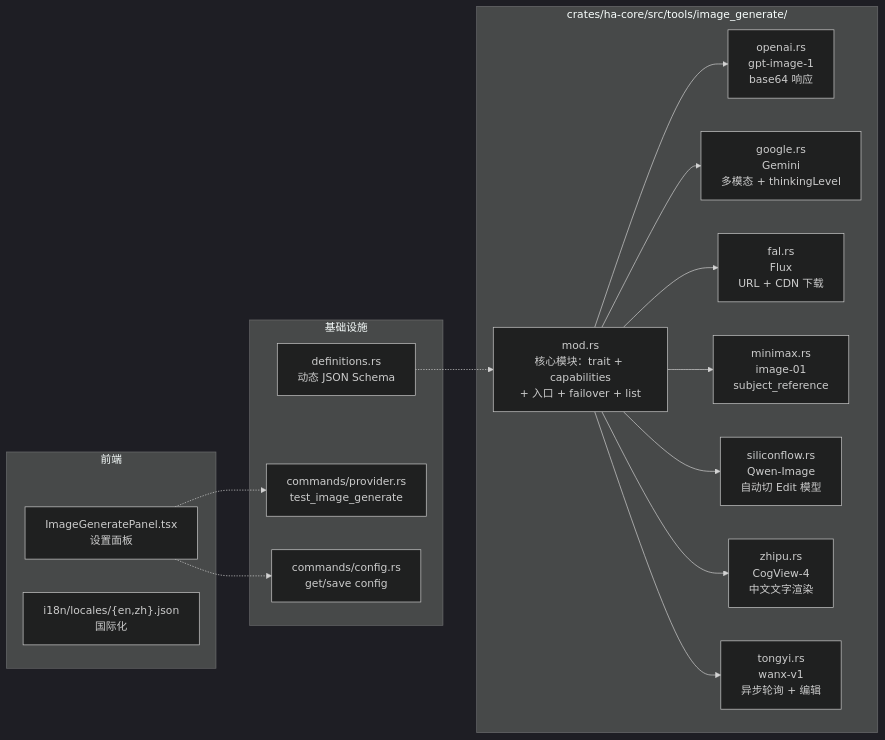
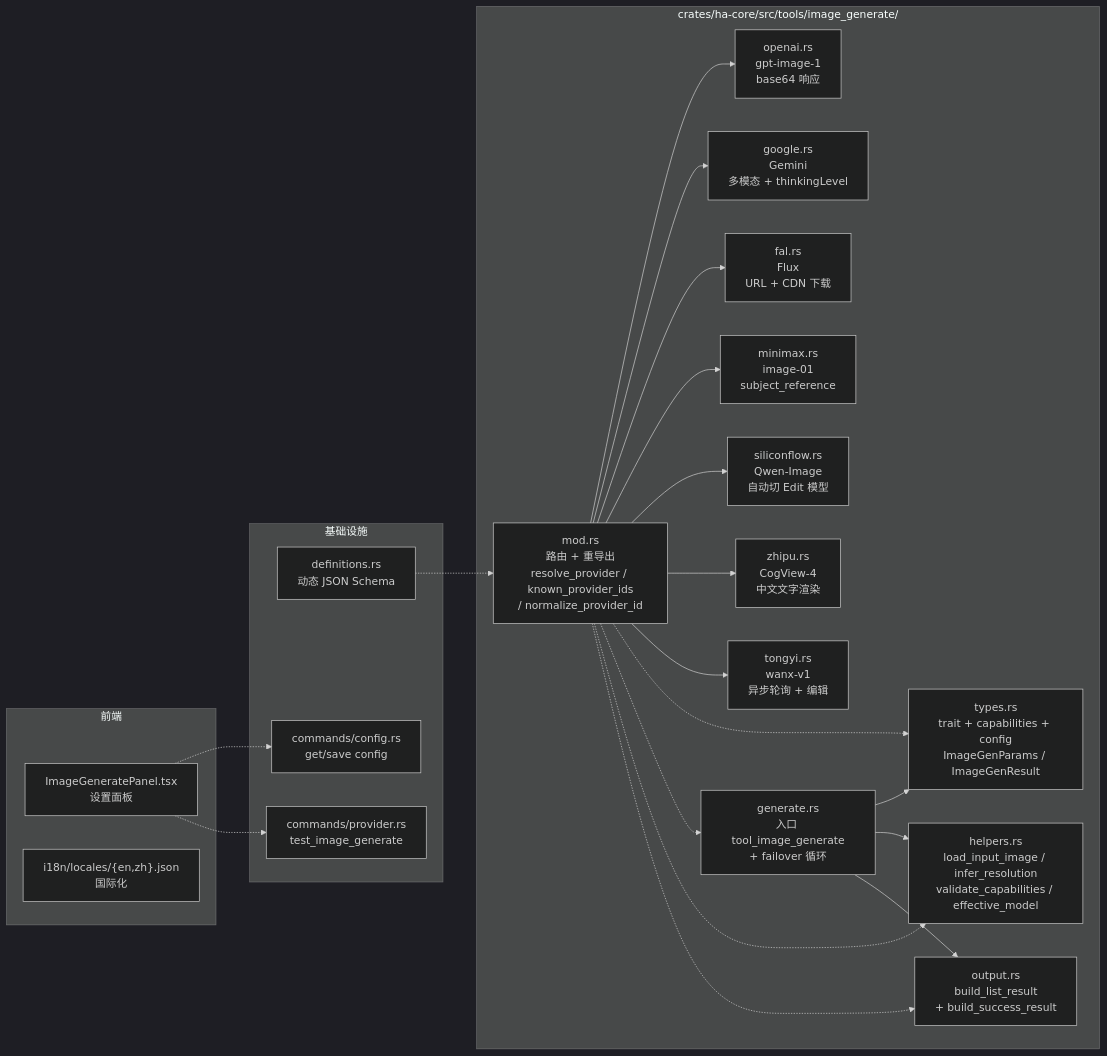
Before and after one commit to shiwenwen/hope-agent: diagram 11 of 11 in docs/architecture/image-generation.md, drawn with Mermaid (dark theme). The commit also changed other lines of this file and 38 other files, not shown here.

````diff
--- a/docs/architecture/image-generation.md
+++ b/docs/architecture/image-generation.md
@@ -473,30 +473,36 @@
 ```mermaid
 graph LR
     subgraph backend["crates/ha-core/src/tools/image_generate/"]
-        MOD["mod.rs<br/>核心模块：trait + capabilities<br/>+ 入口 + failover + list"]
+        MOD["mod.rs<br/>路由 + 重导出<br/>resolve_provider / known_provider_ids<br/>/ normalize_provider_id"]
+        TYP["types.rs<br/>trait + capabilities + config<br/>ImageGenParams / ImageGenResult"]
+        GEN["generate.rs<br/>入口 tool_image_generate<br/>+ failover 循环"]
+        HLP["helpers.rs<br/>load_input_image / infer_resolution<br/>validate_capabilities / effective_model"]
+        OUT["output.rs<br/>build_list_result<br/>+ build_success_result"]
         OAI["openai.rs<br/>gpt-image-1<br/>base64 响应"]
         GOO["google.rs<br/>Gemini<br/>多模态 + thinkingLevel"]
         FAL["fal.rs<br/>Flux<br/>URL + CDN 下载"]
         MM["minimax.rs<br/>image-01<br/>subject_reference"]
         SF["siliconflow.rs<br/>Qwen-Image<br/>自动切 Edit 模型"]
         ZP["zhipu.rs<br/>CogView-4<br/>中文文字渲染"]
         TY["tongyi.rs<br/>wanx-v1<br/>异步轮询 + 编辑"]
     end
 
     subgraph infra["基础设施"]
         DEF["definitions.rs<br/>动态 JSON Schema"]
         PRO["commands/provider.rs<br/>test_image_generate"]
         CFG["commands/config.rs<br/>get/save config"]
     end
 
     subgraph frontend["前端"]
         PANEL["ImageGeneratePanel.tsx<br/>设置面板"]
         I18N["i18n/locales/{en,zh}.json<br/>国际化"]
     end
 
     MOD --> OAI & GOO & FAL & MM & SF & ZP & TY
+    MOD -.-> TYP & GEN & HLP & OUT
+    GEN --> TYP & HLP & OUT
     DEF -.-> MOD
     PANEL -.-> CFG
     PANEL -.-> PRO
 
 ```
````
